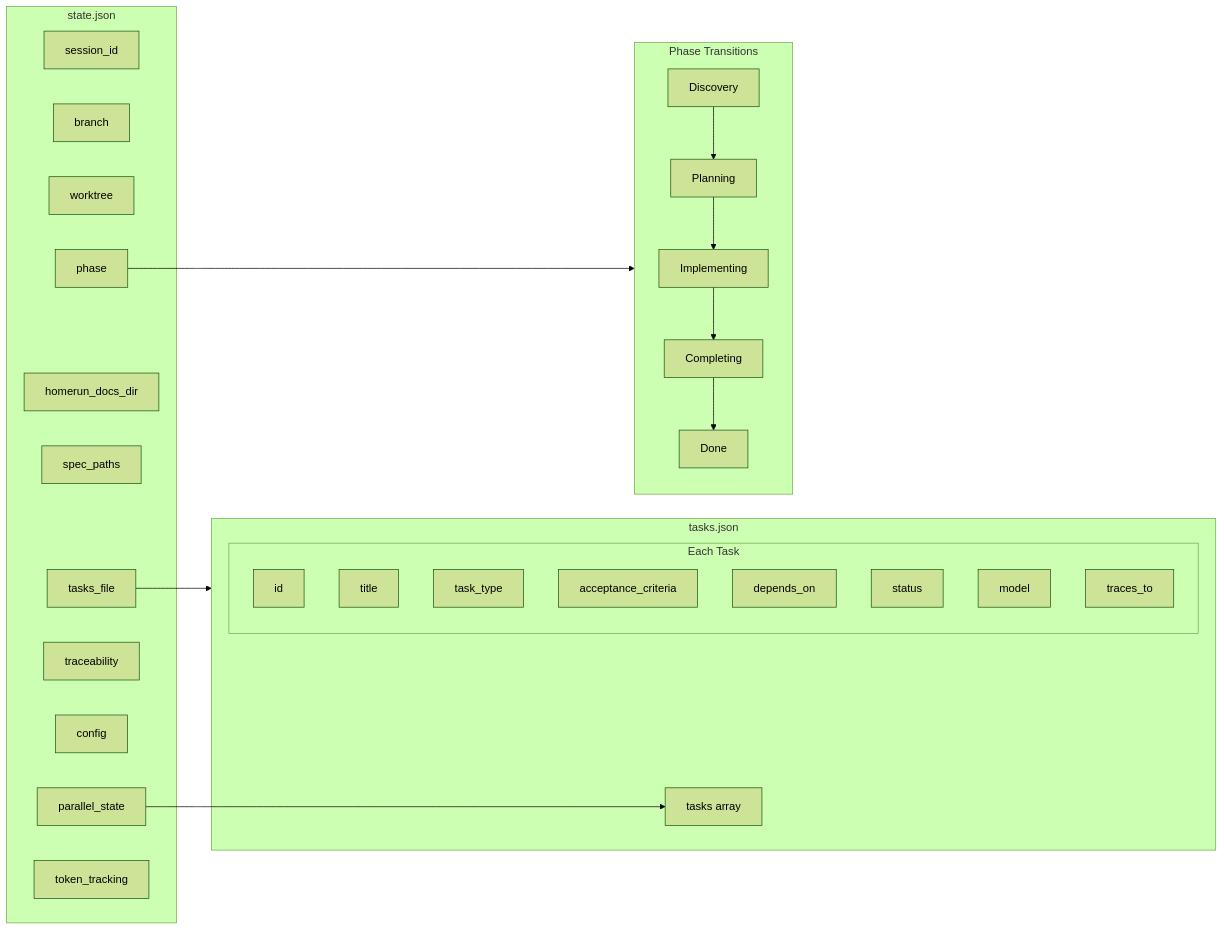
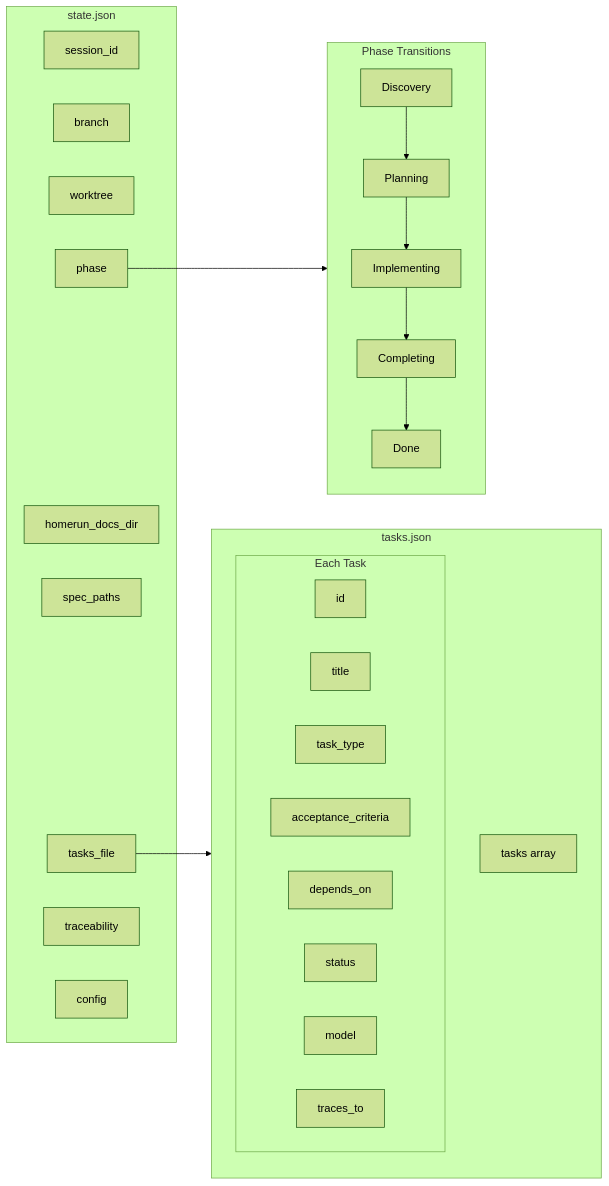
One commit to Zxela/claude-create changed the fifth of 5 diagrams in diagrams/architecture.md. Above: the diagram before and after it, drawn with Mermaid (forest theme). The commit also changed other lines of this file and 11 other files, not shown here.

````diff
--- a/diagrams/architecture.md
+++ b/diagrams/architecture.md
@@ -269,41 +219,38 @@
 ```mermaid
 graph LR
     subgraph StateJSON["state.json"]
         Session[session_id]
         Branch[branch]
         WT[worktree]
         Phase[phase]
         DocDir[homerun_docs_dir]
         SpecPaths[spec_paths]
         TasksFile[tasks_file]
         Trace[traceability]
         Config[config]
-        ParState[parallel_state]
-        TokenTrack[token_tracking]
     end
 
     subgraph TasksJSON["tasks.json"]
         TaskList[tasks array]
         subgraph Task["Each Task"]
             TID[id]
             Title[title]
             Type[task_type]
             AC[acceptance_criteria]
             Deps[depends_on]
             Status[status]
             Model[model]
             TracesTo[traces_to]
         end
     end
 
     subgraph Phases["Phase Transitions"]
         Discovery --> Planning
         Planning --> Implementing
         Implementing --> Completing
         Completing --> Done
     end
 
     Phase --> Phases
     TasksFile --> TasksJSON
-    ParState --> TaskList
 ```
````
